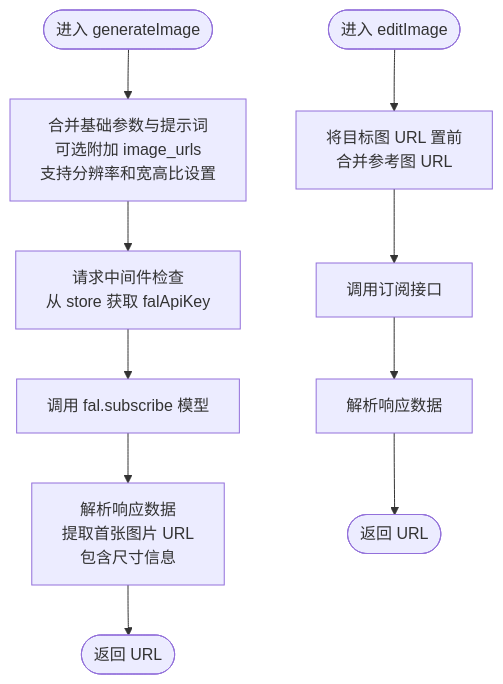
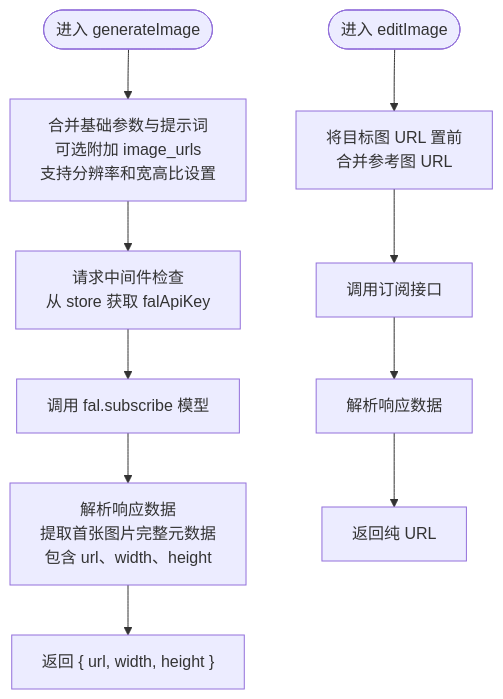
One commit to billye220670/BananaFlow2 changed the third of 12 diagrams in .qoder/repowiki/zh/content/核心功能模块/AI API 集成.md. Above: the diagram before and after it, drawn with Mermaid. The commit also changed other lines of this file and 4 other files, not shown here.

````diff
--- a/.qoder/repowiki/zh/content/核心功能模块/AI API 集成.md
+++ b/.qoder/repowiki/zh/content/核心功能模块/AI API 集成.md
@@ -159,12 +162,12 @@
 ```mermaid
 flowchart TD
 Start(["进入 generateImage"]) --> Merge["合并基础参数与提示词<br/>可选附加 image_urls<br/>支持分辨率和宽高比设置"]
 Merge --> Middleware["请求中间件检查<br/>从 store 获取 falApiKey"]
 Middleware --> Call["调用 fal.subscribe 模型"]
-Call --> Parse["解析响应数据<br/>提取首张图片 URL<br/>包含尺寸信息"]
-Parse --> End(["返回 URL"])
+Call --> Parse["解析响应数据<br/>提取首张图片完整元数据<br/>包含 url、width、height"]
+Parse --> Return["返回 { url, width, height }"]
 Start2(["进入 editImage"]) --> Prepend["将目标图 URL 置前<br/>合并参考图 URL"]
 Prepend --> Call2["调用订阅接口"]
 Call2 --> Parse2["解析响应数据"]
-Parse2 --> End2(["返回 URL"])
+Parse2 --> Return2["返回纯 URL"]
 ```
````
